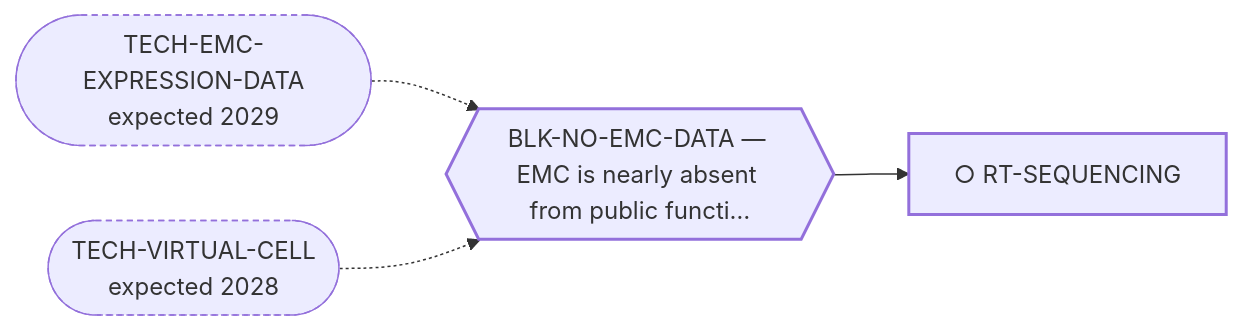
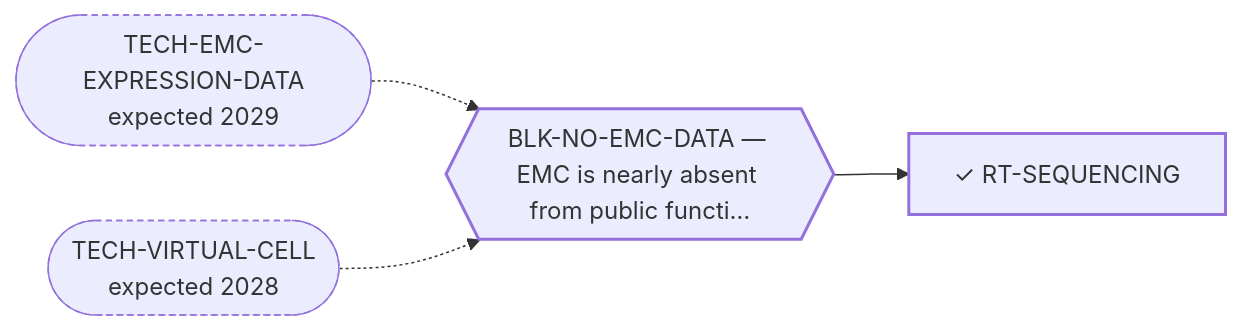
One commit to trimcrae/Rare-cancers changed the diagram in systems/views/L2-rt-sequencing.md. Above: the diagram before and after it, drawn with Mermaid. The commit also changed other lines of this file and 12 other files, not shown here.

````diff
--- a/systems/views/L2-rt-sequencing.md
+++ b/systems/views/L2-rt-sequencing.md
@@ -27,14 +27,14 @@
 ```mermaid
 flowchart LR
-  RT_SEQUENCING["○ RT-SEQUENCING"]:::fam
+  RT_SEQUENCING["✓ RT-SEQUENCING"]:::fam
   BLK_NO_EMC_DATA{{"BLK-NO-EMC-DATA — EMC is nearly absent from public functi…"}}:::blk
   BLK_NO_EMC_DATA --> RT_SEQUENCING
   TECH_EMC_EXPRESSION_DATA(["TECH-EMC-EXPRESSION-DATA<br/>expected 2029"]):::tech
   TECH_EMC_EXPRESSION_DATA -.-> BLK_NO_EMC_DATA
   TECH_VIRTUAL_CELL(["TECH-VIRTUAL-CELL<br/>expected 2028"]):::tech
   TECH_VIRTUAL_CELL -.-> BLK_NO_EMC_DATA
   classDef fam stroke-width:2px;
   classDef blk stroke-width:2px;
   classDef perm stroke-width:4px;
   classDef tech stroke-width:1px,stroke-dasharray:4 3;
 ```
````
